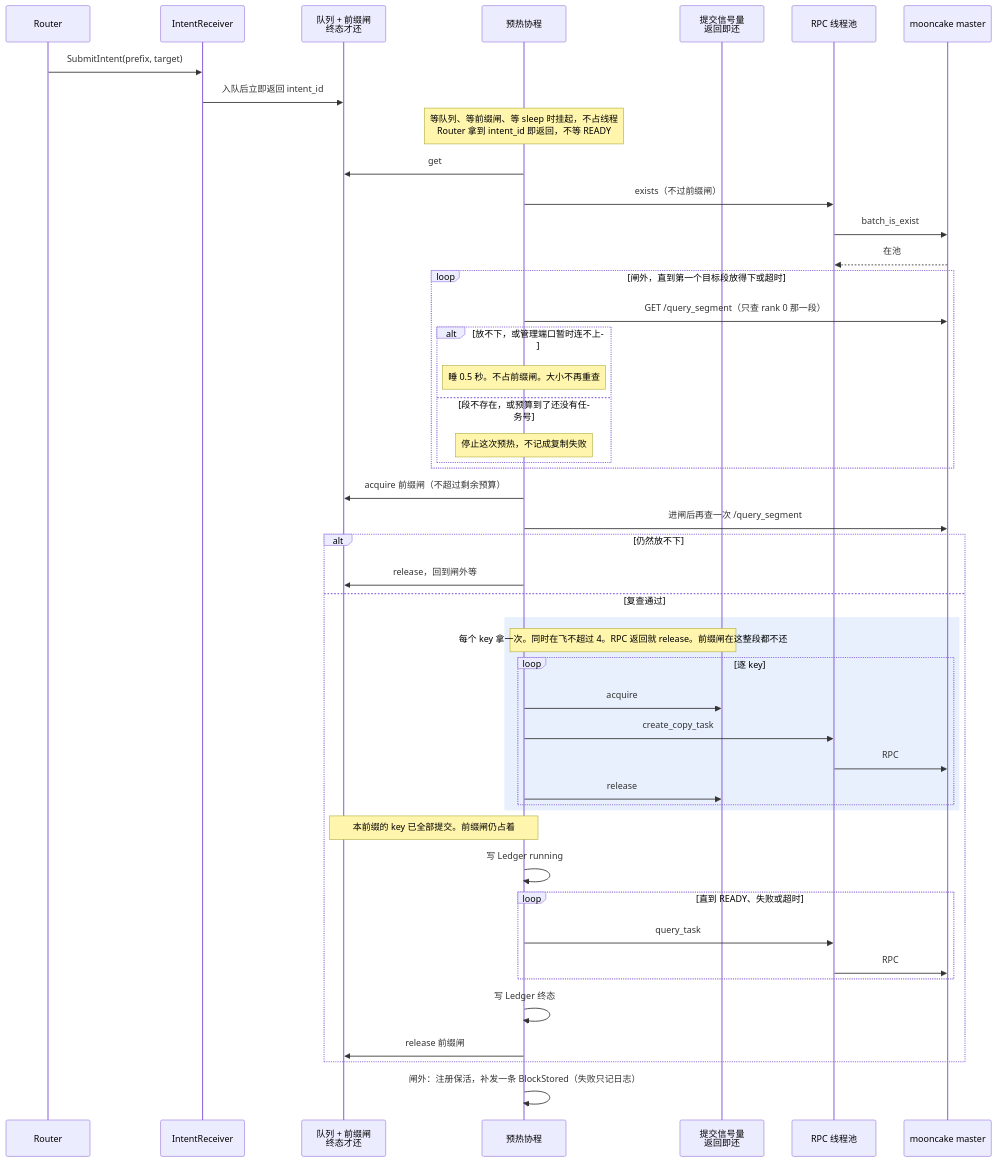
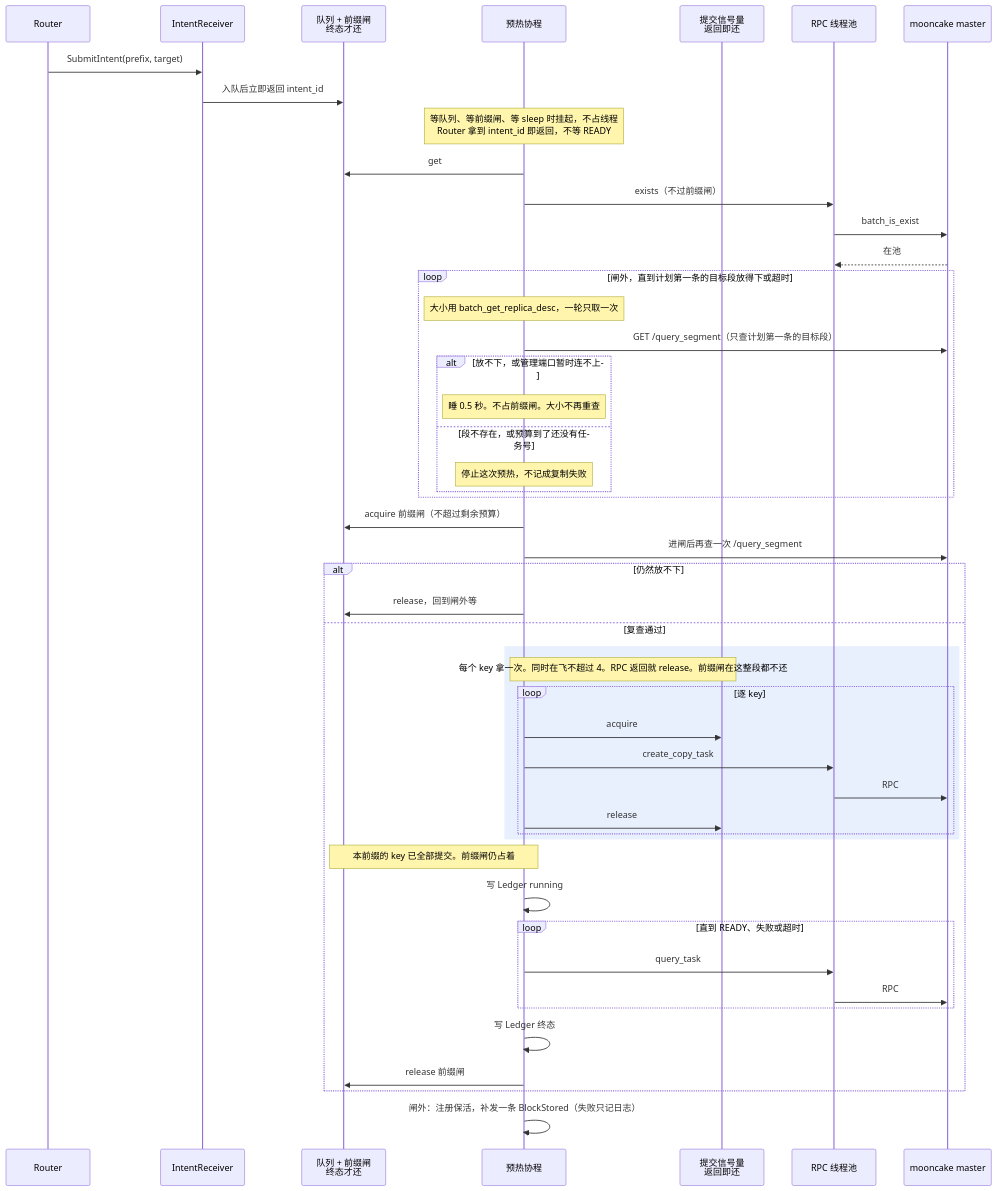
Before and after one commit to 5x8-40/lake: the seventh of 7 diagrams in kvcm/design/code-architecture.md, drawn with Mermaid. The commit also changed other lines of this file and 9 other files, not shown here.

````diff
--- a/kvcm/design/code-architecture.md
+++ b/kvcm/design/code-architecture.md
@@ -442,50 +444,51 @@
 ```mermaid
 sequenceDiagram
     participant R as Router
     participant Recv as IntentReceiver
     participant Q as 队列 + 前缀闸<br/>终态才还
     participant W as 预热协程
     participant S as 提交信号量<br/>返回即还
     participant Ex as RPC 线程池
     participant M as mooncake master
 
     R->>Recv: SubmitIntent(prefix, target)
     Recv->>Q: 入队后立即返回 intent_id
     Note over W: 等队列、等前缀闸、等 sleep 时挂起，不占线程<br/>Router 拿到 intent_id 即返回，不等 READY
     W->>Q: get
     W->>Ex: exists（不过前缀闸）
     Ex->>M: batch_is_exist
     M-->>Ex: 在池
-    loop 闸外，直到第一个目标段放得下或超时
-        W->>M: GET /query_segment（只查 rank 0 那一段）
+    loop 闸外，直到计划第一条的目标段放得下或超时
+        Note over W: 大小用 batch_get_replica_desc，一轮只取一次
+        W->>M: GET /query_segment（只查计划第一条的目标段）
         alt 放不下，或管理端口暂时连不上
             Note over W: 睡 0.5 秒。不占前缀闸。大小不再重查
         else 段不存在，或预算到了还没有任务号
             Note over W: 停止这次预热，不记成复制失败
         end
     end
     W->>Q: acquire 前缀闸（不超过剩余预算）
     W->>M: 进闸后再查一次 /query_segment
     alt 仍然放不下
         W->>Q: release，回到闸外等
     else 复查通过
     rect rgb(232, 240, 254)
         Note over W,S: 每个 key 拿一次。同时在飞不超过 4。RPC 返回就 release。前缀闸在这整段都不还
         loop 逐 key
             W->>S: acquire
             W->>Ex: create_copy_task
             Ex->>M: RPC
             W->>S: release
         end
     end
     Note over W,Q: 本前缀的 key 已全部提交。前缀闸仍占着
     W->>W: 写 Ledger running
     loop 直到 READY、失败或超时
         W->>Ex: query_task
         Ex->>M: RPC
     end
     W->>W: 写 Ledger 终态
     W->>Q: release 前缀闸
     end
     W->>W: 闸外：注册保活，补发一条 BlockStored（失败只记日志）
 ```
````
